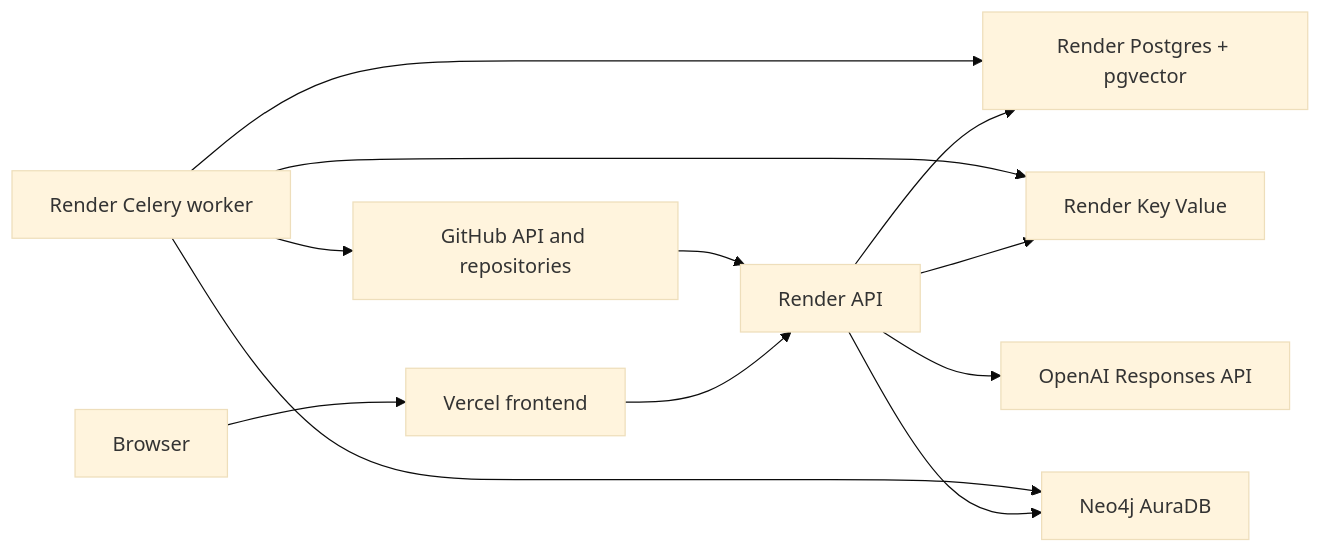
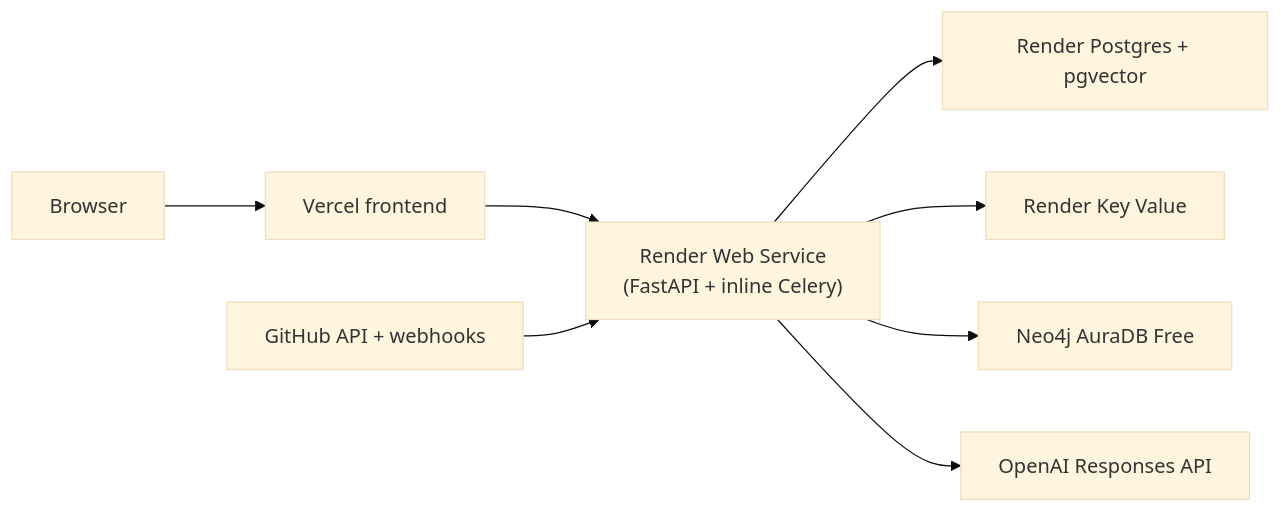
The diagram in docs/06-operations/production-deployment.md (Isomkevin/CodeAtlas-ai), drawn with Mermaid (base theme) before and after one commit. The commit also changed other lines of this file and 3 other files, not shown here.

First line of the commit message:
chore(deploy): add Render Blueprint and free-tier runtime shims

````diff
--- a/docs/06-operations/production-deployment.md
+++ b/docs/06-operations/production-deployment.md
@@ -18,14 +19,10 @@
 ```mermaid
 flowchart LR
     Browser["Browser"] --> Vercel["Vercel frontend"]
-    Vercel --> API["Render API"]
+    Vercel --> API["Render Web Service<br/>(FastAPI + inline Celery)"]
     API --> Postgres["Render Postgres + pgvector"]
     API --> Redis["Render Key Value"]
-    API --> Neo4j["Neo4j AuraDB"]
-    Worker["Render Celery worker"] --> Postgres
-    Worker --> Redis
-    Worker --> Neo4j
-    Worker --> GitHub["GitHub API and repositories"]
+    API --> Neo4j["Neo4j AuraDB Free"]
     API --> OpenAI["OpenAI Responses API"]
-    GitHub --> API
+    GitHub["GitHub API + webhooks"] --> API
 ```
````
